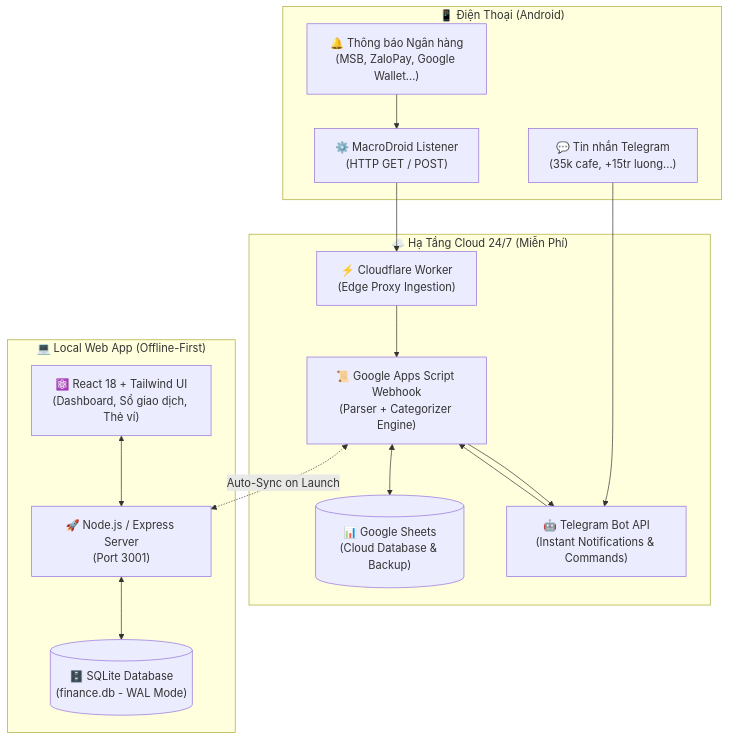
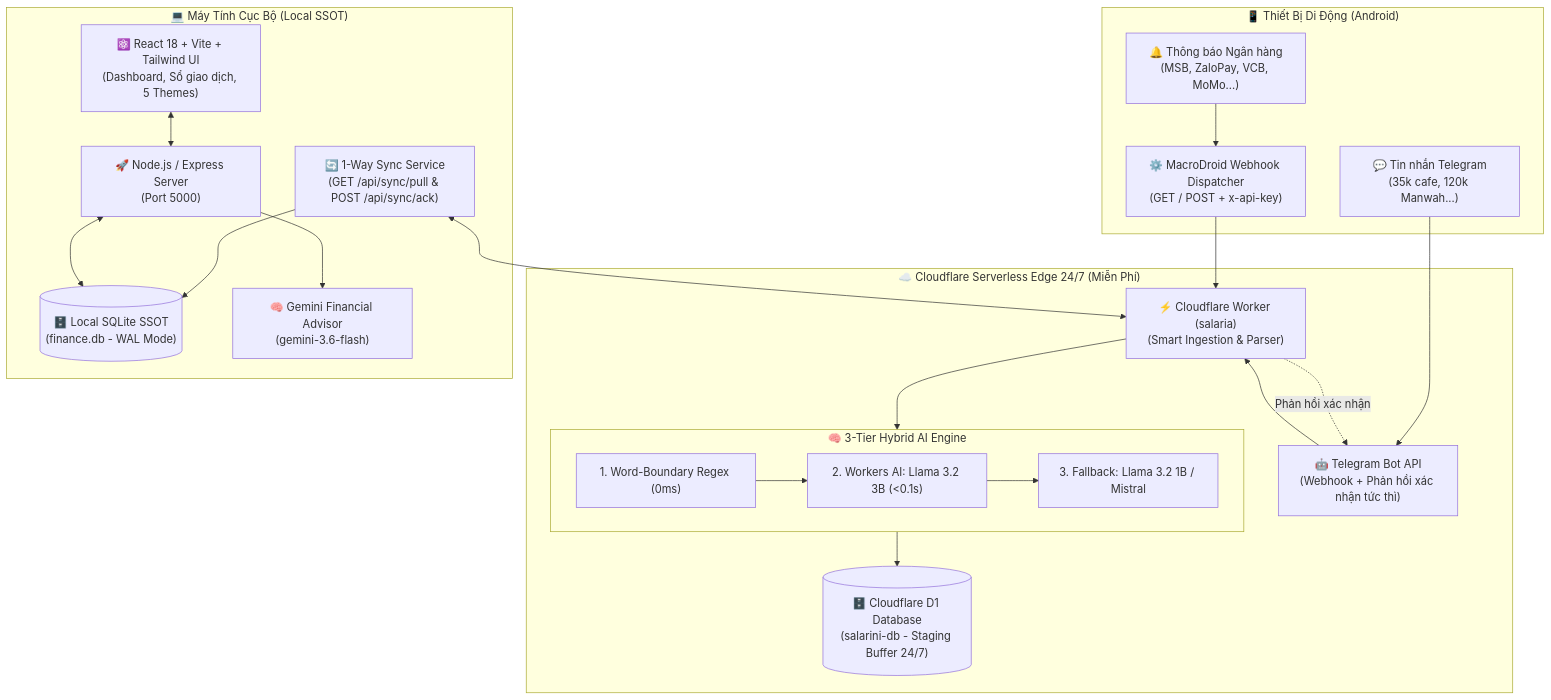
The diagram in README.md (dynavv/salaria), drawn with Mermaid before and after one commit. The commit also changed other lines of this file and 12 other files, not shown here.

Commit message:
feat: migrate to Cloudflare D1 + Workers AI Llama-3.2, 1-way local sync & clean up Apps Script

````diff
--- a/README.md
+++ b/README.md
@@ -56,33 +56,45 @@
 ```mermaid
 flowchart TD
-    subgraph Mobile ["📱 Điện Thoại (Android)"]
-        BankNoti["🔔 Thông báo Ngân hàng<br/>(MSB, ZaloPay, Google Wallet...)"]
-        UserMsg["💬 Tin nhắn Telegram<br/>(35k cafe, +15tr luong...)"]
-        MacroDroid["⚙️ MacroDroid Listener<br/>(HTTP GET / POST)"]
+    subgraph Mobile ["📱 Thiết Bị Di Động (Android)"]
+        BankNoti["🔔 Thông báo Ngân hàng<br/>(MSB, ZaloPay, VCB, MoMo...)"]
+        UserMsg["💬 Tin nhắn Telegram<br/>(35k cafe, 120k Manwah...)"]
+        MacroDroid["⚙️ MacroDroid Webhook Dispatcher<br/>(GET / POST + x-api-key)"]
+        
         BankNoti --> MacroDroid
     end
 
-    subgraph Cloud ["☁️ Hạ Tầng Cloud 24/7 (Miễn Phí)"]
-        CF["⚡ Cloudflare Worker<br/>(Edge Proxy Ingestion)"]
-        GAS["📜 Google Apps Script Webhook<br/>(Parser + Categorizer Engine)"]
-        GSheet[("📊 Google Sheets<br/>(Cloud Database & Backup)")]
-        TgBot["🤖 Telegram Bot API<br/>(Instant Notifications & Commands)"]
+    subgraph Cloudflare ["☁️ Cloudflare Serverless Edge 24/7 (Miễn Phí)"]
+        Worker["⚡ Cloudflare Worker (salaria)<br/>(Smart Ingestion & Parser)"]
         
-        MacroDroid --> CF
-        CF --> GAS
+        subgraph AI_Engine ["🧠 3-Tier Hybrid AI Engine"]
+            Regex["1. Word-Boundary Regex (0ms)"]
+            Llama["2. Workers AI: Llama 3.2 3B (<0.1s)"]
+            Fallback["3. Fallback: Llama 3.2 1B / Mistral"]
+            Regex --> Llama --> Fallback
+        end
+        
+        D1[("🗄️ Cloudflare D1 Database<br/>(salarini-db - Staging Buffer 24/7)")]
+        TgBot["🤖 Telegram Bot API<br/>(Webhook + Phản hồi xác nhận tức thì)"]
+        
+        MacroDroid --> Worker
         UserMsg --> TgBot
-        TgBot --> GAS
-        GAS <--> GSheet
-        GAS --> TgBot
+        TgBot --> Worker
+        Worker --> AI_Engine
+        AI_Engine --> D1
+        Worker -.->|Phản hồi xác nhận| TgBot
     end
 
-    subgraph Local ["💻 Local Web App (Offline-First)"]
-        Server["🚀 Node.js / Express Server<br/>(Port 3001)"]
-        SQLite[("🗄️ SQLite Database<br/>(finance.db - WAL Mode)")]
-        ReactUI["⚛️ React 18 + Tailwind UI<br/>(Dashboard, Sổ giao dịch, Thẻ ví)"]
+    subgraph Local ["💻 Máy Tính Cục Bộ (Local SSOT)"]
+        SyncService["🔄 1-Way Sync Service<br/>(GET /api/sync/pull & POST /api/sync/ack)"]
+        SQLite[("🗄️ Local SQLite SSOT<br/>(finance.db - WAL Mode)")]
+        Backend["🚀 Node.js / Express Server<br/>(Port 5000)"]
+        GeminiAdvisor["🧠 Gemini Financial Advisor<br/>(gemini-3.6-flash)"]
+        ReactUI["⚛️ React 18 + Vite + Tailwind UI<br/>(Dashboard, Sổ giao dịch, 5 Themes)"]
         
-        GAS <-.->|Auto-Sync on Launch| Server
-        Server <--> SQLite
-        ReactUI <--> Server
+        SyncService <--> Worker
+        SyncService --> SQLite
+        Backend <--> SQLite
+        Backend --> GeminiAdvisor
+        ReactUI <--> Backend
     end
 ```
````
